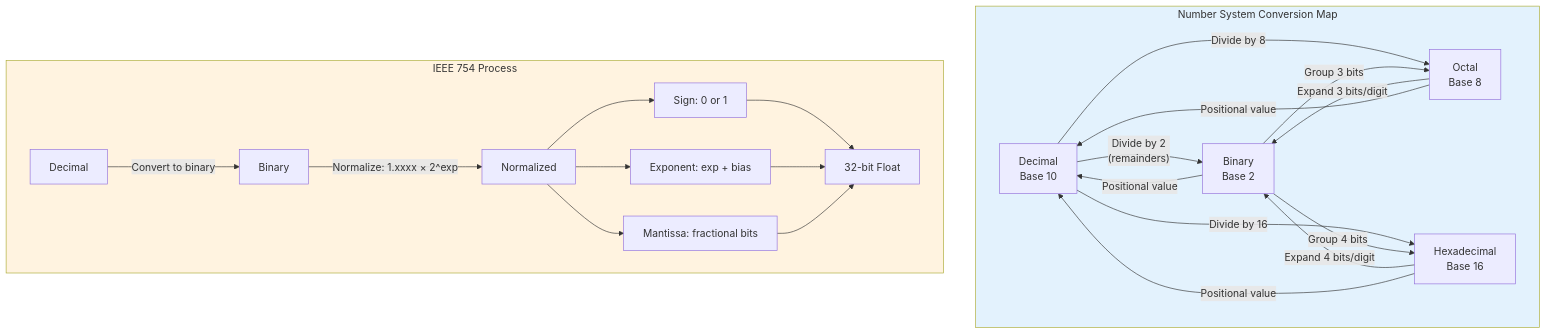
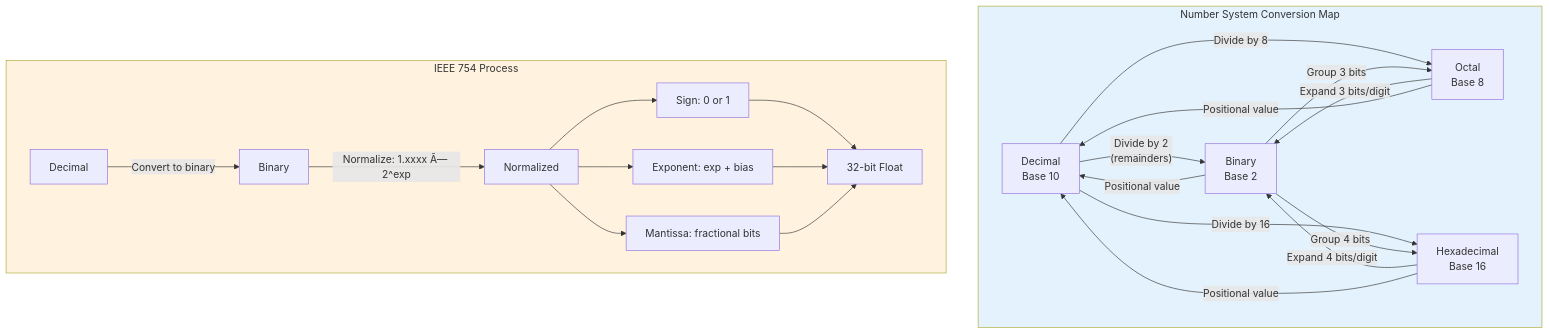
The fifth of 5 diagrams in docs/courses/computer-architecture/01-number-systems.md (Raushan666java/ai-engineering-journey), drawn with Mermaid before and after one commit. The commit also changed other lines of this file and 735 other files, not shown here.

````diff
--- a/docs/courses/computer-architecture/01-number-systems.md
+++ b/docs/courses/computer-architecture/01-number-systems.md
@@ -1351,27 +1351,27 @@
 ```mermaid
 flowchart TD
     subgraph Conversions[Number System Conversion Map]
         DEC[Decimal<br/>Base 10] -->|"Divide by 2<br/>(remainders)"| BIN[Binary<br/>Base 2]
         DEC -->|"Divide by 8"| OCT[Octal<br/>Base 8]
         DEC -->|"Divide by 16"| HEX[Hexadecimal<br/>Base 16]
         BIN -->|"Group 3 bits"| OCT
         BIN -->|"Group 4 bits"| HEX
         OCT -->|"Expand 3 bits/digit"| BIN
         HEX -->|"Expand 4 bits/digit"| BIN
         OCT -->|"Positional value"| DEC
         HEX -->|"Positional value"| DEC
         BIN -->|"Positional value"| DEC
     end
     subgraph IEEE754[IEEE 754 Process]
         DEC2[Decimal] -->|"Convert to binary"| BIN2[Binary]
-        BIN2 -->|"Normalize: 1.xxxx × 2^exp"| NORM[Normalized]
+        BIN2 -->|"Normalize: 1.xxxx Ã— 2^exp"| NORM[Normalized]
         NORM --> S[Sign: 0 or 1]
         NORM --> EXP[Exponent: exp + bias]
         NORM --> MANT[Mantissa: fractional bits]
         S --> FP[32-bit Float]
         EXP --> FP
         MANT --> FP
     end
     style Conversions fill:#e3f2fd
     style IEEE754 fill:#fff3e0
 ```
````
